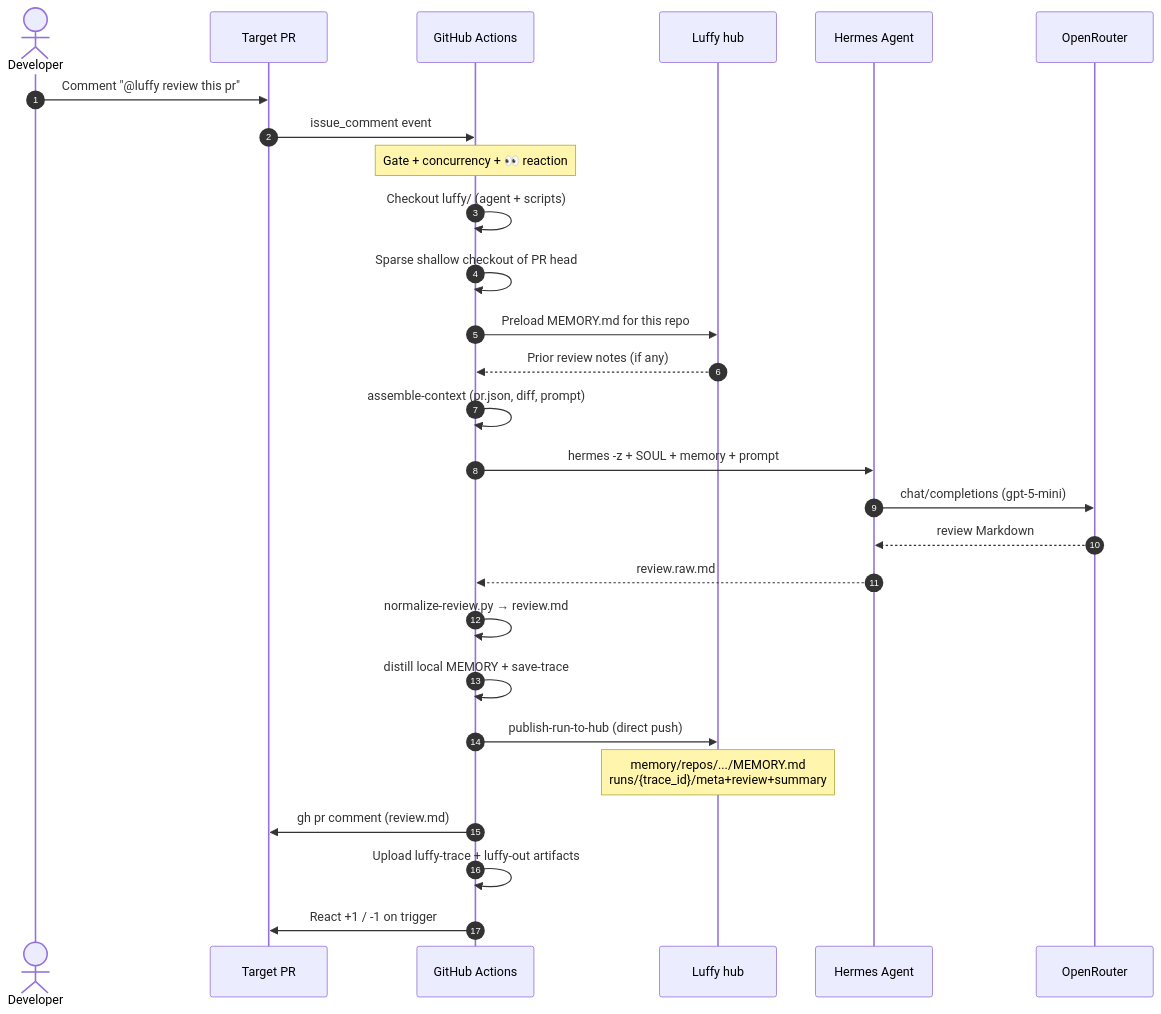
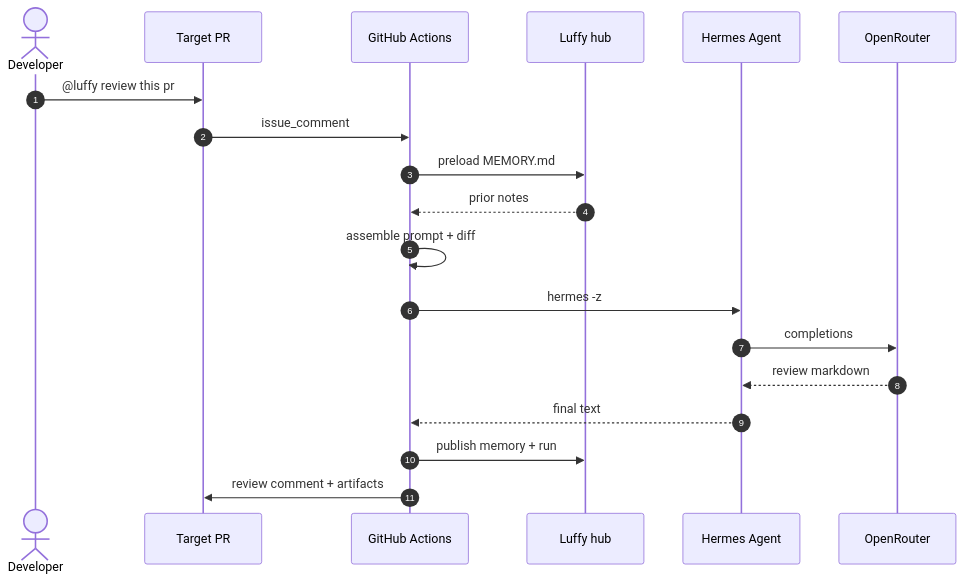
The second of 3 diagrams in README.md (Mr-Ashish/luffy-pr-review-agent), drawn with Mermaid before and after one commit. The commit also changed other lines of this file and 7 other files, not shown here.

````diff
--- a/README.md
+++ b/README.md
@@ -74,33 +67,22 @@
 ```mermaid
 sequenceDiagram
   autonumber
   actor Dev as Developer
   participant PR as Target PR
   participant GHA as GitHub Actions
   participant Hub as Luffy hub
   participant Hermes as Hermes Agent
   participant OR as OpenRouter
 
-  Dev->>PR: Comment "@luffy review this pr"
-  PR->>GHA: issue_comment event
-
-  Note over GHA: Gate + concurrency + 👀 reaction
-  GHA->>GHA: Checkout luffy/ (agent + scripts)
-  GHA->>GHA: Sparse shallow checkout of PR head
-  GHA->>Hub: Preload MEMORY.md for this repo
-  Hub-->>GHA: Prior review notes (if any)
-
-  GHA->>GHA: assemble-context (pr.json, diff, prompt)
-  GHA->>Hermes: hermes -z + SOUL + memory + prompt
-  Hermes->>OR: chat/completions (gpt-5-mini)
-  OR-->>Hermes: review Markdown
-  Hermes-->>GHA: review.raw.md
-
-  GHA->>GHA: normalize-review.py → review.md
-  GHA->>GHA: distill local MEMORY + save-trace
-  GHA->>Hub: publish-run-to-hub (direct push)
-  Note over Hub: memory/repos/.../MEMORY.md<br/>runs/{trace_id}/meta+review+summary
-  GHA->>PR: gh pr comment (review.md)
-  GHA->>GHA: Upload luffy-trace + luffy-out artifacts
-  GHA->>PR: React +1 / -1 on trigger
+  Dev->>PR: @luffy review this pr
+  PR->>GHA: issue_comment
+  GHA->>Hub: preload MEMORY.md
+  Hub-->>GHA: prior notes
+  GHA->>GHA: assemble prompt + diff
+  GHA->>Hermes: hermes -z
+  Hermes->>OR: completions
+  OR-->>Hermes: review markdown
+  Hermes-->>GHA: final text
+  GHA->>Hub: publish memory + run
+  GHA->>PR: review comment + artifacts
 ```
````
